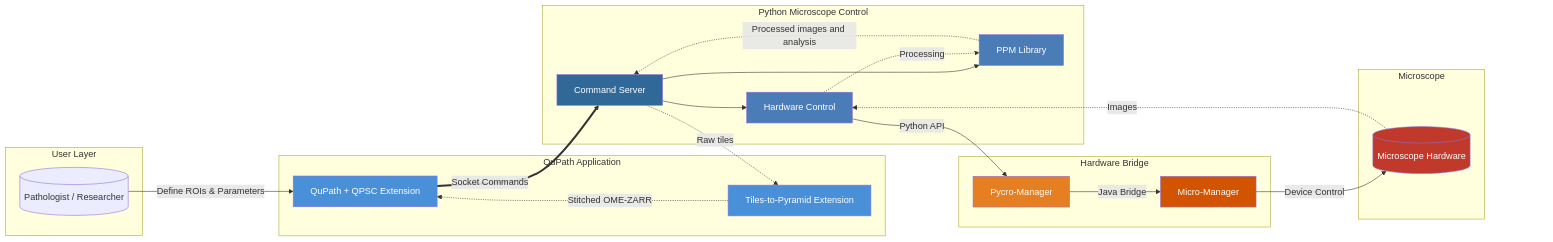
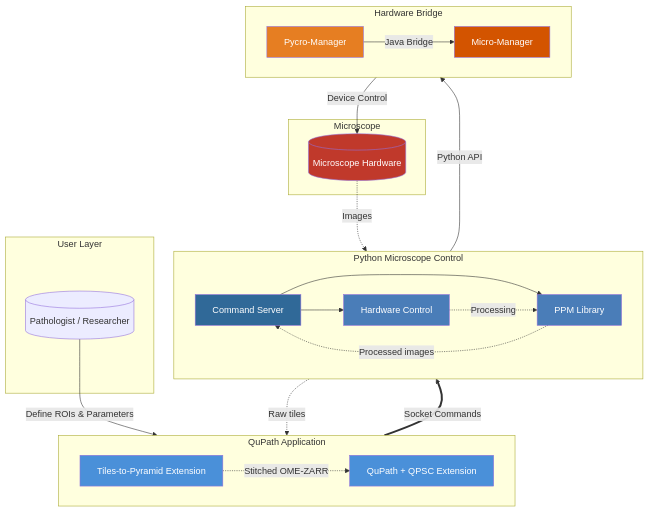
The first of 3 diagrams in README.md (uw-loci/QPSC), drawn with Mermaid before and after one commit. The commit also changed other lines of this file, not shown here.

Commit message:
Update README: fix diagram layout, add Dialog Manager, expand modalities
- Switch Mermaid flowchart from LR to TB layout for better readability
  and to prevent GitHub's controls from obscuring the right side
- Add qupath-extension-dialog-manager to Supporting Tools
- Split Fluorescence into Widefield Fluorescence and Point Scanning
  (two-photon, SHG, single-photon confocal) as separate planned modalities

````diff
--- a/README.md
+++ b/README.md
@@ -17,61 +17,60 @@
 ```mermaid
-flowchart LR
+flowchart TB
     subgraph User["User Layer"]
         U[("Pathologist / Researcher")]
     end
 
     subgraph QuPath["QuPath Application"]
+        direction LR
         QP["QuPath + QPSC Extension"]
         T2P["Tiles-to-Pyramid Extension"]
     end
 
     subgraph Python["Python Microscope Control"]
+        direction LR
         SRV["Command Server"]
         CTRL["Hardware Control"]
         PPM["PPM Library"]
     end
 
+    subgraph Bridge["Hardware Bridge"]
+        direction LR
+        PM["Pycro-Manager"]
+        MM["Micro-Manager"]
+    end
+
     subgraph Hardware["Microscope"]
         HW[("Microscope Hardware")]
-    end
-
-    subgraph Bridge["Hardware Bridge"]
-        PM["Pycro-Manager"]
-        MM["Micro-Manager"]
     end
 
     U -->|"Define ROIs & Parameters"| QP
     QP ==>|"Socket Commands"| SRV
     SRV --> CTRL
     SRV --> PPM
     CTRL -->|"Python API"| PM
     PM -->|"Java Bridge"| MM
     MM -->|"Device Control"| HW
 
     HW -.->|"Images"| CTRL
     CTRL -.->|"Processing"| PPM
-    PPM -.->|"Processed images and analysis"| SRV
+    PPM -.->|"Processed images"| SRV
     SRV -.->|"Raw tiles"| T2P
     T2P -.->|"Stitched OME-ZARR"| QP
-
-    %% Add invisible spacing node for padding
-    HW ~~~ SPACE[ ]
-    style SPACE fill:none,stroke:none
 
     style QP fill:#4A90D9,color:#fff
     style T2P fill:#4A90D9,color:#fff
     style SRV fill:#306998,color:#fff
     style CTRL fill:#4A7DB8,color:#fff
     style PPM fill:#4A7DB8,color:#fff
     style PM fill:#E67E22,color:#fff
     style MM fill:#D35400,color:#fff
     style HW fill:#C0392B,color:#fff
 
     click QP "https://github.com/uw-loci/qupath-extension-qpsc" "QPSC Extension Repository"
     click T2P "https://github.com/uw-loci/qupath-extension-tiles-to-pyramid" "Tiles-to-Pyramid Extension Repository"
     click SRV "https://github.com/uw-loci/microscope_command_server" "Command Server Repository"
     click CTRL "https://github.com/uw-loci/microscope_control" "Hardware Control Repository"
     click PPM "https://github.com/uw-loci/ppm_library" "PPM Library Repository"
     click PM "https://pycro-manager.readthedocs.io/" "Pycro-Manager Documentation"
     click MM "https://micro-manager.org/" "Micro-Manager Website"
 ```
````
